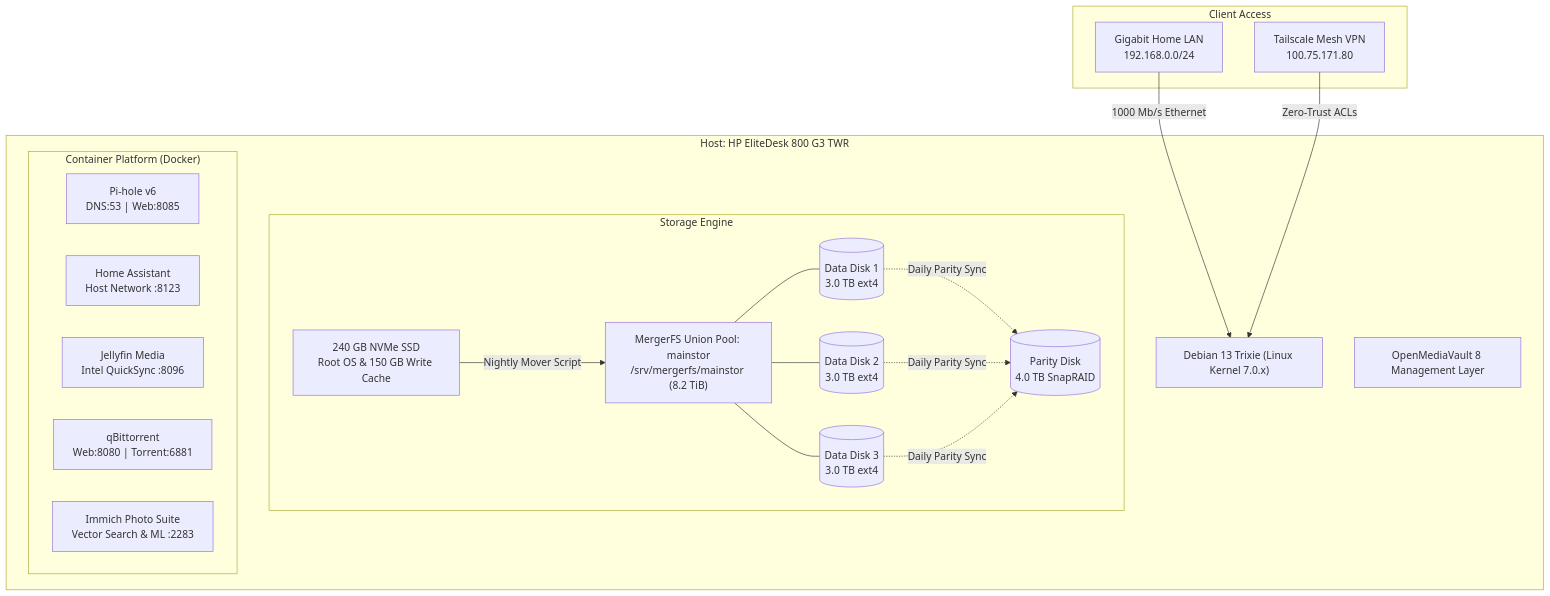
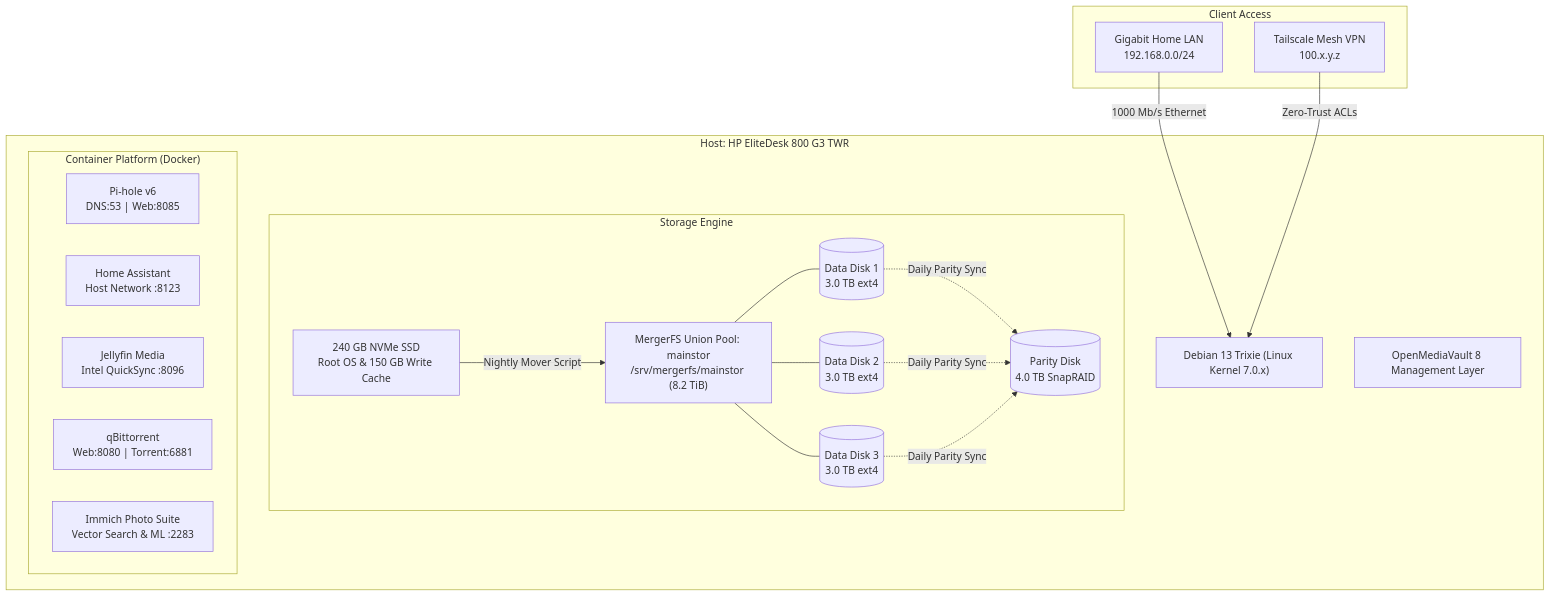
The first of 4 diagrams in README.md (koko69420/AVK-Vault-NAS), drawn with Mermaid before and after one commit. The commit also changed other lines of this file and 1 other file, not shown here.

````diff
--- a/README.md
+++ b/README.md
@@ -18,39 +18,39 @@
 ```mermaid
 graph TD
     subgraph Client_Access ["Client Access"]
         LAN["Gigabit Home LAN<br/>192.168.0.0/24"]
-        WAN["Tailscale Mesh VPN<br/>100.75.171.80"]
+        WAN["Tailscale Mesh VPN<br/>100.x.y.z"]
     end
 
     subgraph Host_System ["Host: HP EliteDesk 800 G3 TWR"]
         OS["Debian 13 Trixie (Linux Kernel 7.0.x)"]
         OMV["OpenMediaVault 8 Management Layer"]
 
         subgraph Storage_Engine ["Storage Engine"]
             NVME["240 GB NVMe SSD<br/>Root OS & 150 GB Write Cache"]
             POOL["MergerFS Union Pool: mainstor<br/>/srv/mergerfs/mainstor (8.2 TiB)"]
             D1[("Data Disk 1<br/>3.0 TB ext4")]
             D2[("Data Disk 2<br/>3.0 TB ext4")]
             D3[("Data Disk 3<br/>3.0 TB ext4")]
             PARITY[("Parity Disk<br/>4.0 TB SnapRAID")]
         end
 
         subgraph Containers ["Container Platform (Docker)"]
             PIHOLE["Pi-hole v6<br/>DNS:53 | Web:8085"]
             HASS["Home Assistant<br/>Host Network :8123"]
             JELLY["Jellyfin Media<br/>Intel QuickSync :8096"]
             QBIT["qBittorrent<br/>Web:8080 | Torrent:6881"]
             IMMICH["Immich Photo Suite<br/>Vector Search & ML :2283"]
         end
     end
 
     LAN -->|1000 Mb/s Ethernet| OS
     WAN -->|Zero-Trust ACLs| OS
     NVME -->|Nightly Mover Script| POOL
     POOL --- D1
     POOL --- D2
     POOL --- D3
     D1 -.->|Daily Parity Sync| PARITY
     D2 -.->|Daily Parity Sync| PARITY
     D3 -.->|Daily Parity Sync| PARITY
 ```
````
